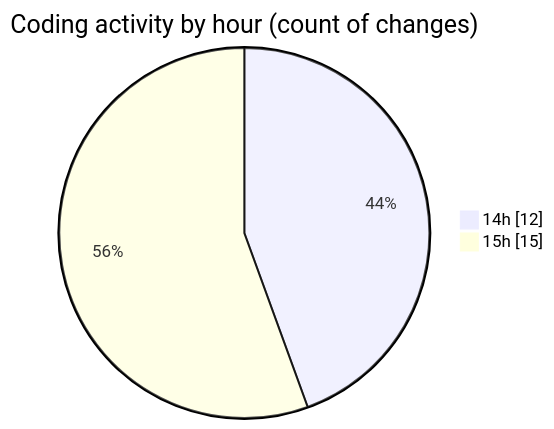
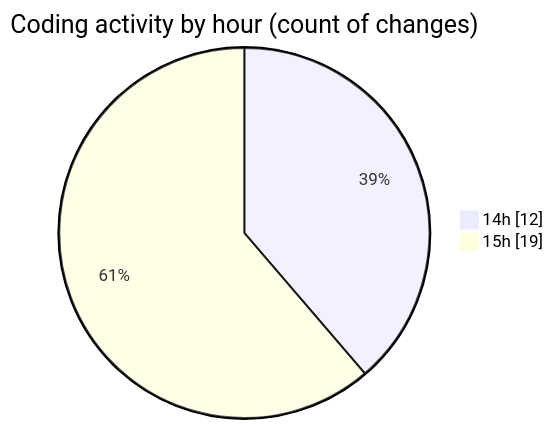
Before and after one commit to lephambinh05/code-tracking: the second of 2 diagrams in 2025-08-10/rentotp/README.md, drawn with Mermaid. The commit also changed other lines of this file and 1 other file, not shown here.

````diff
--- a/2025-08-10/rentotp/README.md
+++ b/2025-08-10/rentotp/README.md
@@ -33,6 +35,6 @@
 ```mermaid
 pie showData
 title Coding activity by hour (count of changes)
 "14h" : 12
-"15h" : 15
+"15h" : 19
 ```
````
